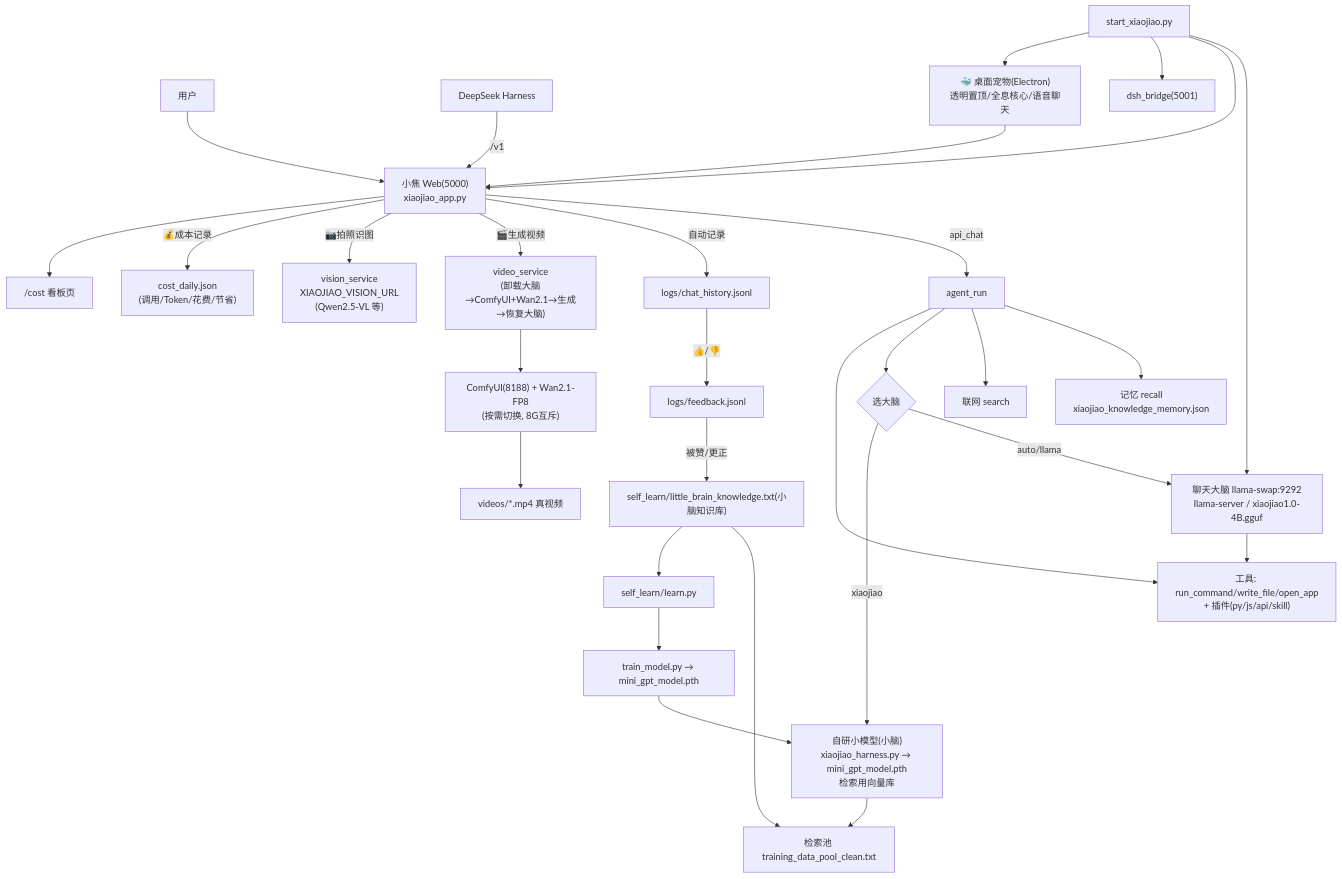
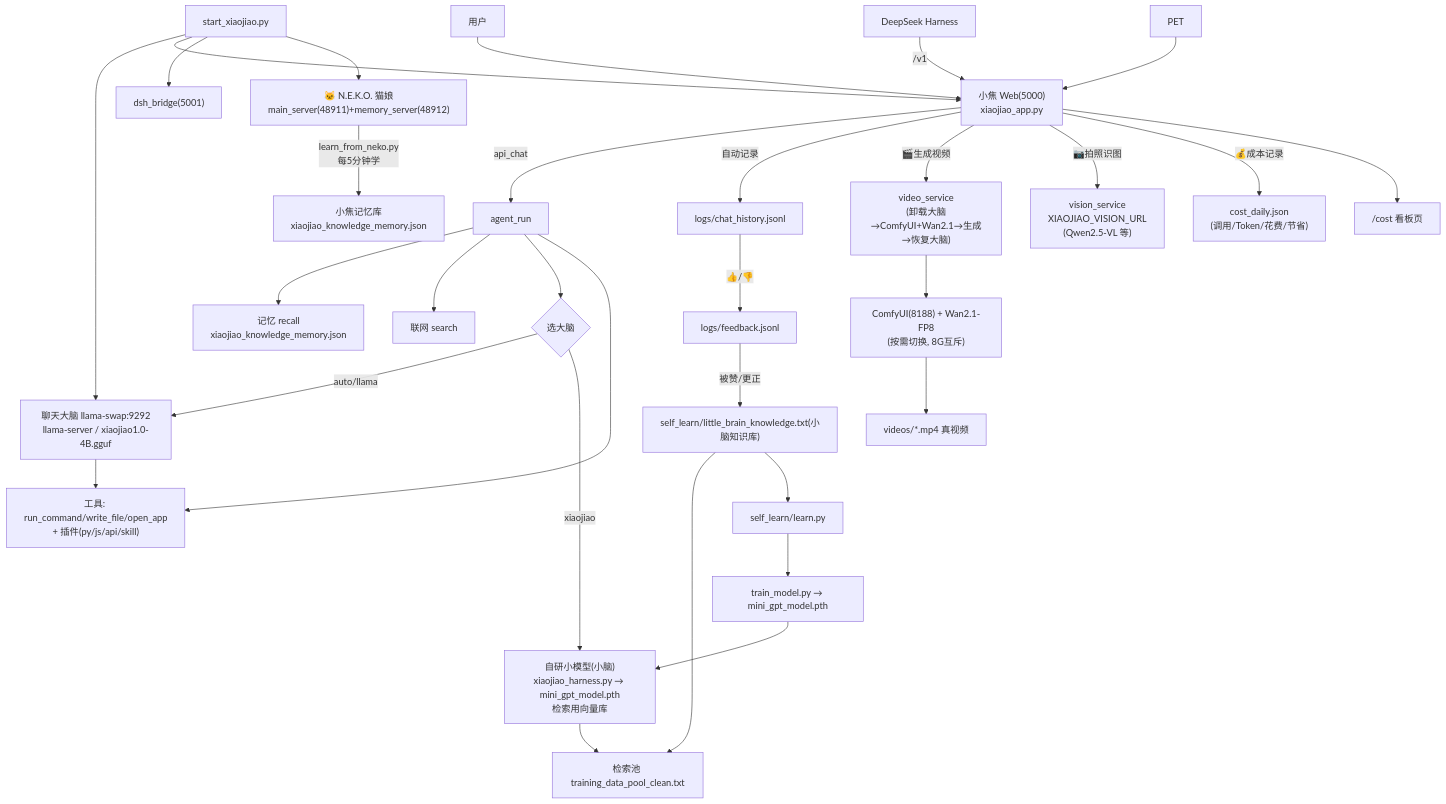
One commit to jiangchuangege/xiaojiao-harness changed the fifth of 7 diagrams in README.md. Above: the diagram before and after it, drawn with Mermaid. The commit also changed other lines of this file and 18 other files, not shown here.

````diff
--- a/README.md
+++ b/README.md
@@ -509,32 +513,33 @@
 ```mermaid
 flowchart TD
     U["用户"] --> W["小焦 Web(5000)<br/>xiaojiao_app.py"]
     DSH["DeepSeek Harness"] -->|/v1| W
     W -->|api_chat| A["agent_run"]
     A --> M["记忆 recall<br/>xiaojiao_knowledge_memory.json"]
     A --> S["联网 search"]
     A --> C{"选大脑"}
     C -->|auto/llama| BIG["聊天大脑 llama-swap:9292<br/>llama-server / xiaojiao1.0-4B.gguf"]
     C -->|xiaojiao| SMALL["自研小模型(小脑)<br/>xiaojiao_harness.py → mini_gpt_model.pth<br/>检索用向量库"]
     BIG --> TOOLS["工具: run_command/write_file/open_app<br/>+ 插件(py/js/api/skill)"]
     A --> TOOLS
     SMALL --> RET["检索池 training_data_pool_clean.txt"]
     W -->|自动记录| LOG["logs/chat_history.jsonl"]
     LOG -->|👍/👎| FB["logs/feedback.jsonl"]
     FB -->|被赞/更正| KNOW["self_learn/little_brain_knowledge.txt(小脑知识库)"]
     KNOW --> RET
     KNOW --> T2["self_learn/learn.py"]
     T2 --> TRAIN["train_model.py → mini_gpt_model.pth"]
     TRAIN --> SMALL
     ST["start_xiaojiao.py"] --> BIG
     ST --> W
     ST --> BR["dsh_bridge(5001)"]
-    ST --> PET["🐳 桌面宠物(Electron)<br/>透明置顶/全息核心/语音聊天"]
+    ST --> NEKO["🐱 N.E.K.O. 猫娘<br/>main_server(48911)+memory_server(48912)"]
+    NEKO -->|learn_from_neko.py<br/>每5分钟学| MEM["小焦记忆库<br/>xiaojiao_knowledge_memory.json"]
     W -->|🎬生成视频| VID["video_service<br/>(卸载大脑→ComfyUI+Wan2.1→生成→恢复大脑)"]
     VID --> COMFY["ComfyUI(8188) + Wan2.1-FP8<br/>(按需切换, 8G互斥)"]
     COMFY --> OUTV["videos/*.mp4 真视频"]
     W -->|📷拍照识图| VIS["vision_service<br/>XIAOJIAO_VISION_URL<br/>(Qwen2.5-VL 等)"]
     PET --> W
     W -->|💰成本记录| COST["cost_daily.json<br/>(调用/Token/花费/节省)"]
     W --> COST_PAGE["/cost 看板页"]
 ```
````
